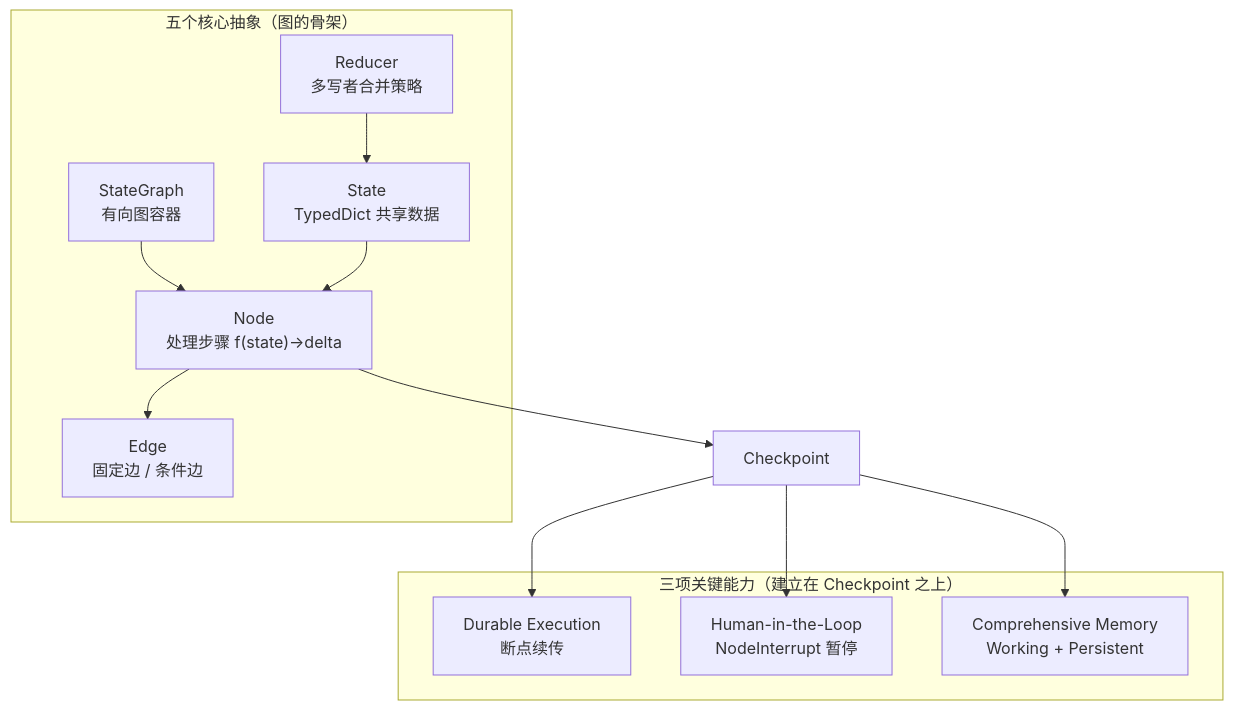
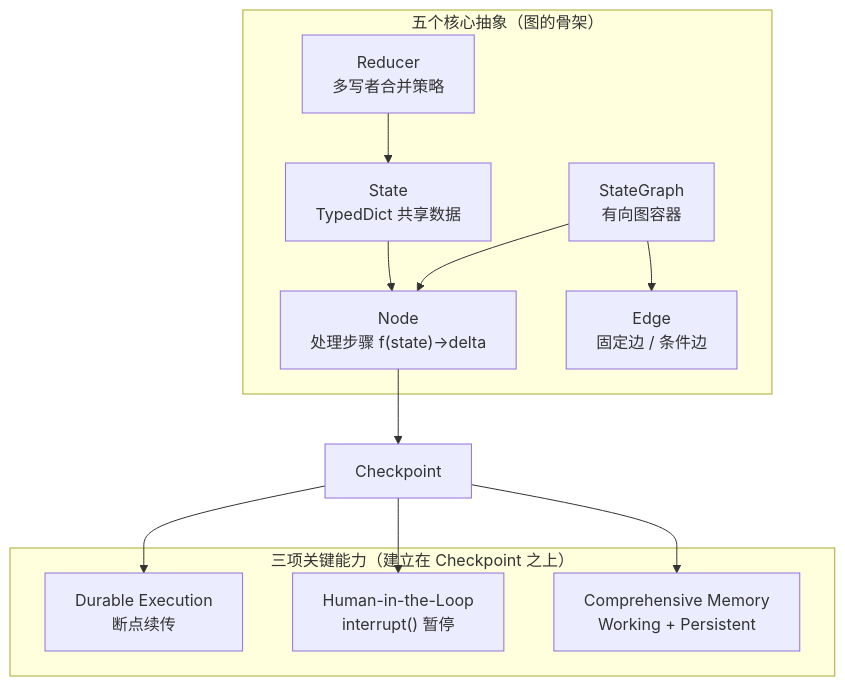
One commit to A1pha3/text-matrix changed the diagram in content/posts/tech/langgraph-stateful-agents-framework.md. Above: the diagram before and after it, drawn with Mermaid. The commit also changed other lines of this file and 10 other files, not shown here.

````diff
--- a/content/posts/tech/langgraph-stateful-agents-framework.md
+++ b/content/posts/tech/langgraph-stateful-agents-framework.md
@@ -50,25 +50,25 @@
 ```mermaid
 graph TB
     subgraph "五个核心抽象（图的骨架）"
         SG["StateGraph<br/>有向图容器"]
         N["Node<br/>处理步骤 f(state)→delta"]
         E["Edge<br/>固定边 / 条件边"]
         S["State<br/>TypedDict 共享数据"]
         R["Reducer<br/>多写者合并策略"]
     end
 
     subgraph "三项关键能力（建立在 Checkpoint 之上）"
         DE["Durable Execution<br/>断点续传"]
-        HITL["Human-in-the-Loop<br/>NodeInterrupt 暂停"]
+        HITL["Human-in-the-Loop<br/>interrupt() 暂停"]
         MEM["Comprehensive Memory<br/>Working + Persistent"]
     end
 
     SG --> N
-    N --> E
+    SG --> E
     S --> N
     R --> S
     N --> CP["Checkpoint"]
     CP --> DE
     CP --> HITL
     CP --> MEM
 ```
````
